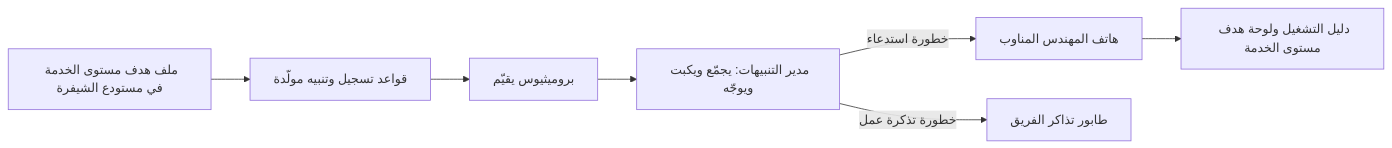
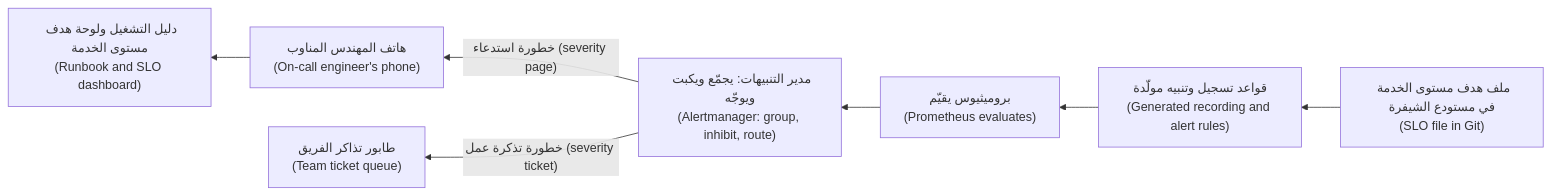
One commit to Tamoura/system-design-for-vibe-coders changed the second of 3 diagrams in cloud/modules/05-observability.ar.md. Above: the diagram before and after it, drawn with Mermaid. The commit also changed other lines of this file and 20 other files, not shown here.

First line of the commit message:
New courses: Arabic diagrams read right-to-left with English labels (modules 0–6)

````diff
--- a/cloud/modules/05-observability.ar.md
+++ b/cloud/modules/05-observability.ar.md
@@ -420,9 +420,9 @@
 ```mermaid
-flowchart LR
-  S["ملف هدف مستوى الخدمة في مستودع الشيفرة"] --> R["قواعد تسجيل وتنبيه مولَّدة"]
-  R --> P["بروميثيوس يقيّم"]
-  P --> A["مدير التنبيهات: يجمّع ويكبت ويوجّه"]
-  A -->|"خطورة استدعاء"| O["هاتف المهندس المناوب"]
-  A -->|"خطورة تذكرة عمل"| T["طابور تذاكر الفريق"]
-  O --> B["دليل التشغيل ولوحة هدف مستوى الخدمة"]
+flowchart RL
+  S["ملف هدف مستوى الخدمة في مستودع الشيفرة<br/>(SLO file in Git)"] --> R["قواعد تسجيل وتنبيه مولَّدة<br/>(Generated recording and alert rules)"]
+  R --> P["بروميثيوس يقيّم<br/>(Prometheus evaluates)"]
+  P --> A["مدير التنبيهات: يجمّع ويكبت ويوجّه<br/>(Alertmanager: group, inhibit, route)"]
+  A -->|"خطورة استدعاء (severity page)"| O["هاتف المهندس المناوب<br/>(On-call engineer's phone)"]
+  A -->|"خطورة تذكرة عمل (severity ticket)"| T["طابور تذاكر الفريق<br/>(Team ticket queue)"]
+  O --> B["دليل التشغيل ولوحة هدف مستوى الخدمة<br/>(Runbook and SLO dashboard)"]
 ```
````
